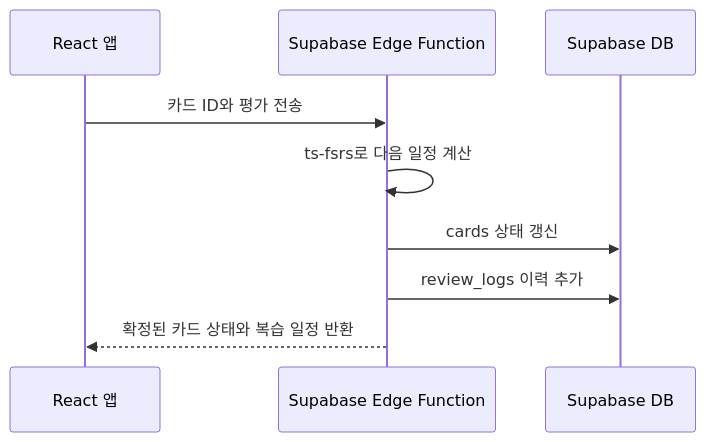
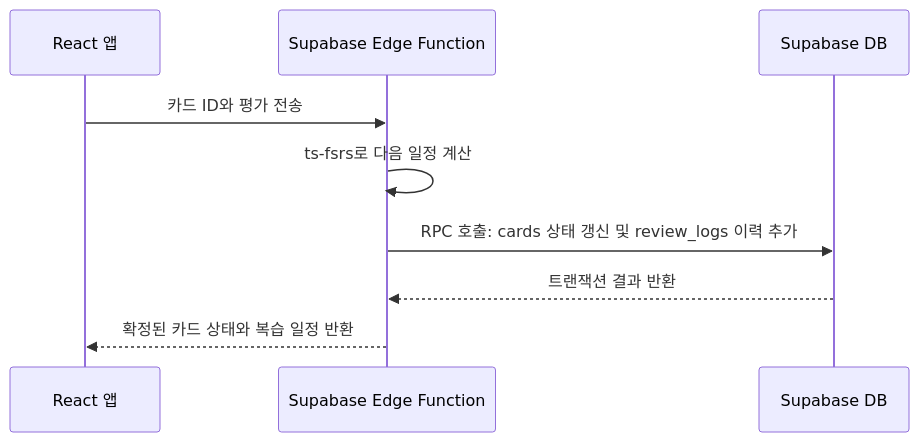
One commit to highspirit7/j-flashcard changed the second of 2 diagrams in docs/README.md. Above: the diagram before and after it, drawn with Mermaid. The commit also changed other lines of this file and 7 other files, not shown here.

````diff
--- a/docs/README.md
+++ b/docs/README.md
@@ -98,12 +98,12 @@
 ```mermaid
 sequenceDiagram
   participant C as React 앱
   participant E as Supabase Edge Function
   participant D as Supabase DB
 
   C->>E: 카드 ID와 평가 전송
   E->>E: ts-fsrs로 다음 일정 계산
-  E->>D: cards 상태 갱신
-  E->>D: review_logs 이력 추가
+  E->>D: RPC 호출: cards 상태 갱신 및 review_logs 이력 추가
+  D-->>E: 트랜잭션 결과 반환
   E-->>C: 확정된 카드 상태와 복습 일정 반환
 ```
````
